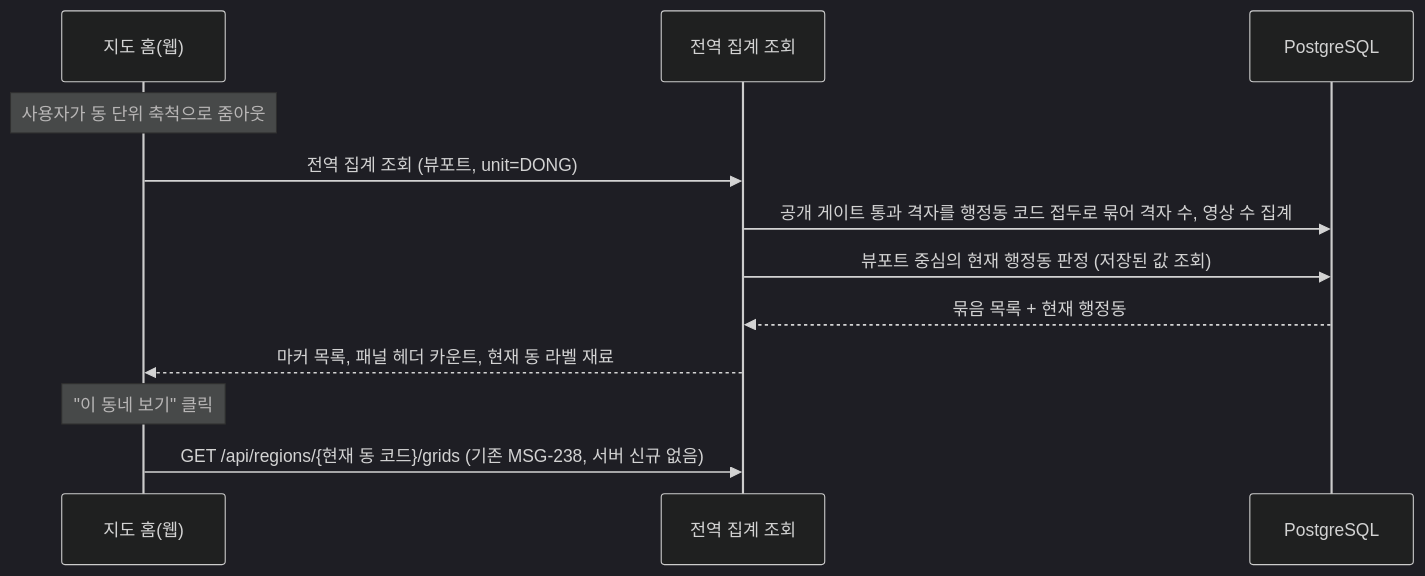
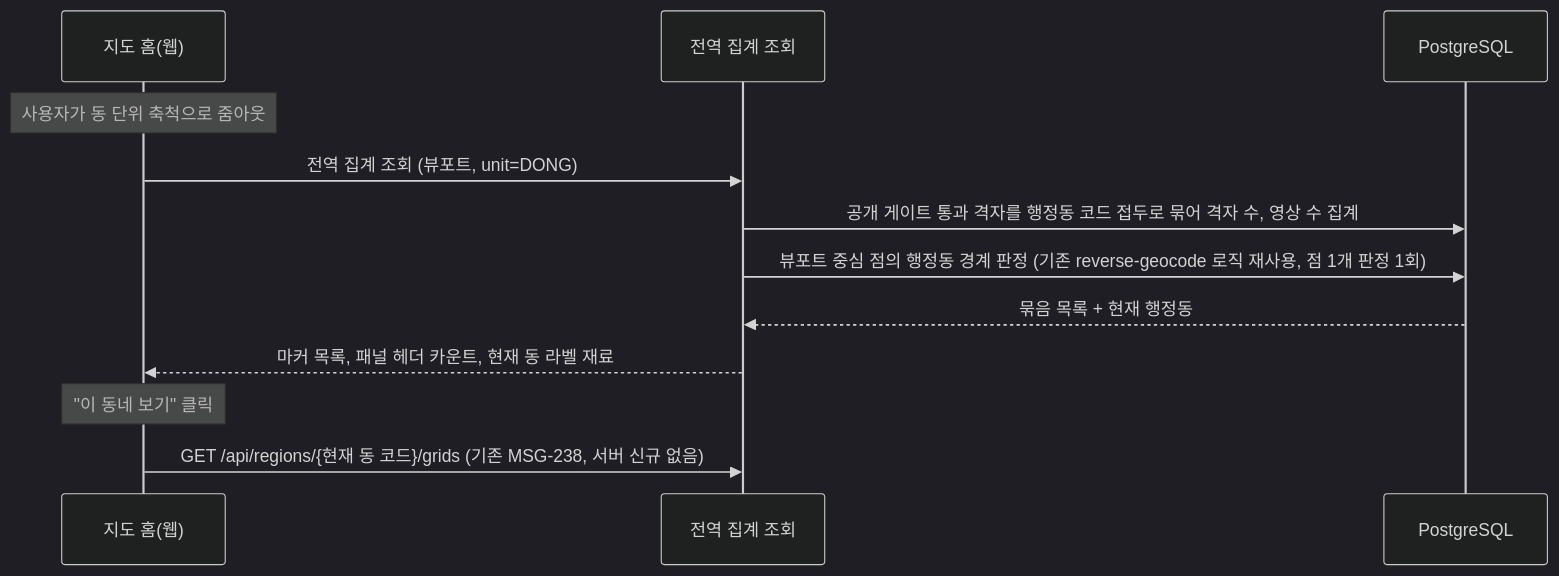
One commit to ASM-MSG/BE changed the first of 2 diagrams in docs/prd/MSG-374-prd.md. Above: the diagram before and after it, drawn with Mermaid (dark theme). The commit also changed other lines of this file, not shown here.

Commit message:
MSG-374 docs: PRD에 결정 2건 반영, 행정동 판정의 공간 연산 모순 정리

````diff
--- a/docs/prd/MSG-374-prd.md
+++ b/docs/prd/MSG-374-prd.md
@@ -50,15 +50,15 @@
 ```mermaid
 sequenceDiagram
     participant FE as 지도 홈(웹)
     participant API as 전역 집계 조회
     participant DB as PostgreSQL
 
     Note over FE: 사용자가 동 단위 축척으로 줌아웃
     FE->>API: 전역 집계 조회 (뷰포트, unit=DONG)
     API->>DB: 공개 게이트 통과 격자를 행정동 코드 접두로 묶어 격자 수, 영상 수 집계
-    API->>DB: 뷰포트 중심의 현재 행정동 판정 (저장된 값 조회)
+    API->>DB: 뷰포트 중심 점의 행정동 경계 판정 (기존 reverse-geocode 로직 재사용, 점 1개 판정 1회)
     DB-->>API: 묶음 목록 + 현재 행정동
     API-->>FE: 마커 목록, 패널 헤더 카운트, 현재 동 라벨 재료
     Note over FE: "이 동네 보기" 클릭
     FE->>API: GET /api/regions/{현재 동 코드}/grids (기존 MSG-238, 서버 신규 없음)
 ```
````
